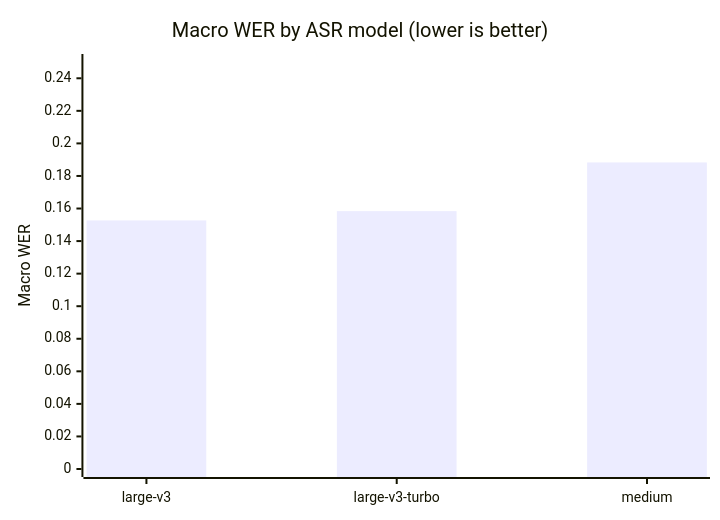
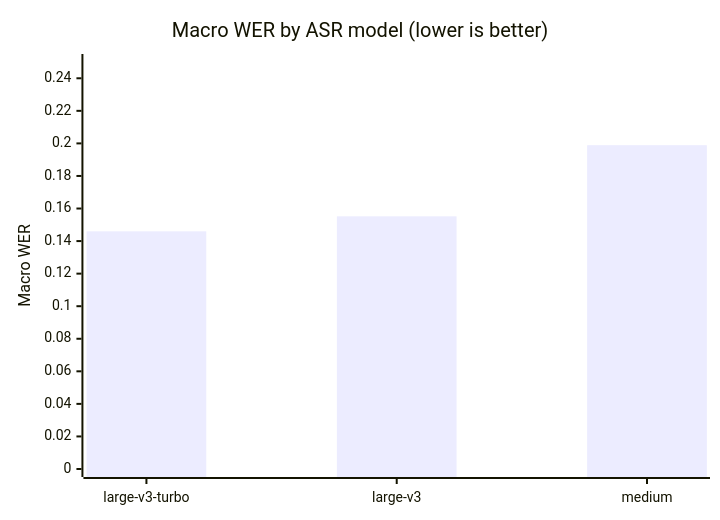
One commit to nkhaloo/speech-stack-benchmark changed the first of 5 diagrams in docs/results.md. Above: the diagram before and after it, drawn with Mermaid. The commit also changed other lines of this file and 2 other files, not shown here.

````diff
--- a/docs/results.md
+++ b/docs/results.md
@@ -132,7 +151,7 @@
 ```mermaid
 xychart-beta
     title "Macro WER by ASR model (lower is better)"
-    x-axis ["large-v3", "large-v3-turbo", "medium"]
+    x-axis ["large-v3-turbo", "large-v3", "medium"]
     y-axis "Macro WER" 0 --> 0.25
-    bar [0.1527, 0.1584, 0.1883]
+    bar [0.1460, 0.1552, 0.1989]
 ```
````
